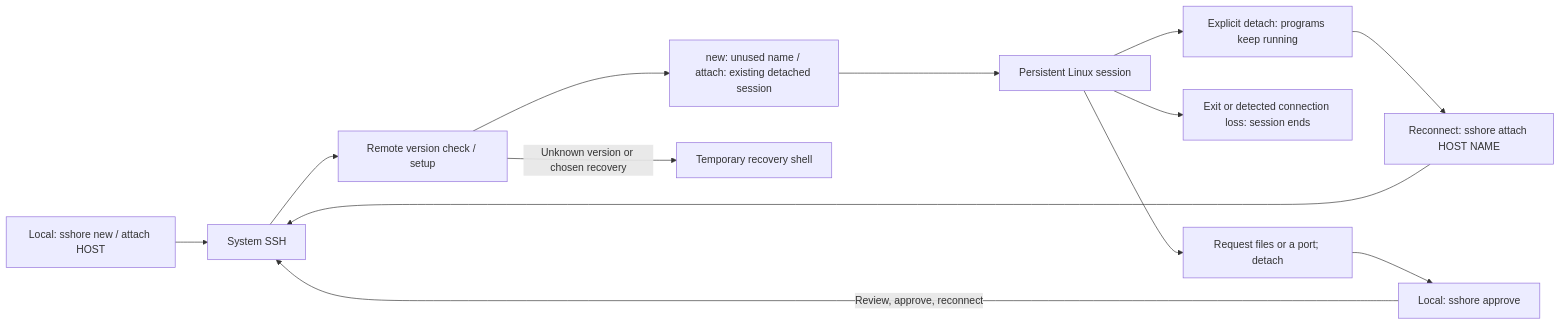
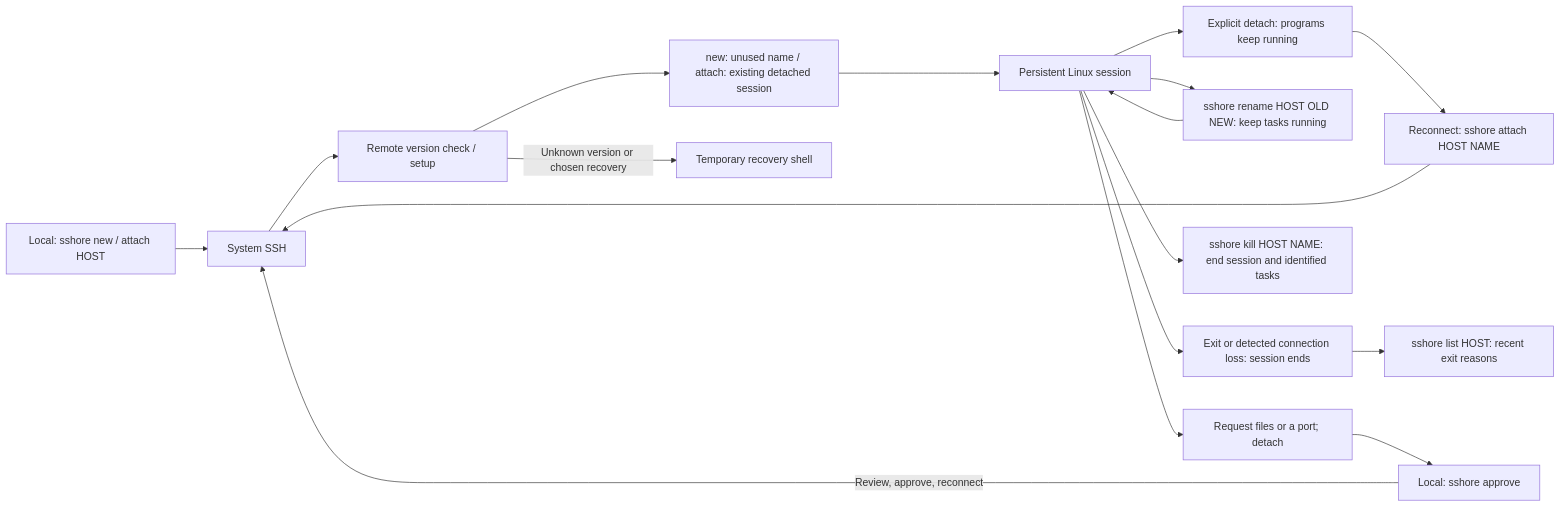
One commit to jay-waves/sshore changed the diagram in README.md. Above: the diagram before and after it, drawn with Mermaid. The commit also changed other lines of this file and 33 other files, not shown here.

````diff
--- a/README.md
+++ b/README.md
@@ -28,15 +29,19 @@
 ```mermaid
 flowchart LR
     local["Local: sshore new / attach HOST"] --> ssh["System SSH"]
     ssh --> setup["Remote version check / setup"]
     setup --> select["new: unused name / attach: existing detached session"]
     select --> session["Persistent Linux session"]
     setup -->|"Unknown version or chosen recovery"| recovery["Temporary recovery shell"]
     session --> detach["Explicit detach: programs keep running"]
+    session --> renamed["sshore rename HOST OLD NEW: keep tasks running"]
+    renamed --> session
     session --> ended["Exit or detected connection loss: session ends"]
+    ended --> history["sshore list HOST: recent exit reasons"]
+    session --> killed["sshore kill HOST NAME: end session and identified tasks"]
     detach --> resume["Reconnect: sshore attach HOST NAME"]
     resume --> ssh
     session --> request["Request files or a port; detach"]
     request --> approve["Local: sshore approve"]
     approve -->|"Review, approve, reconnect"| ssh
 ```
````
